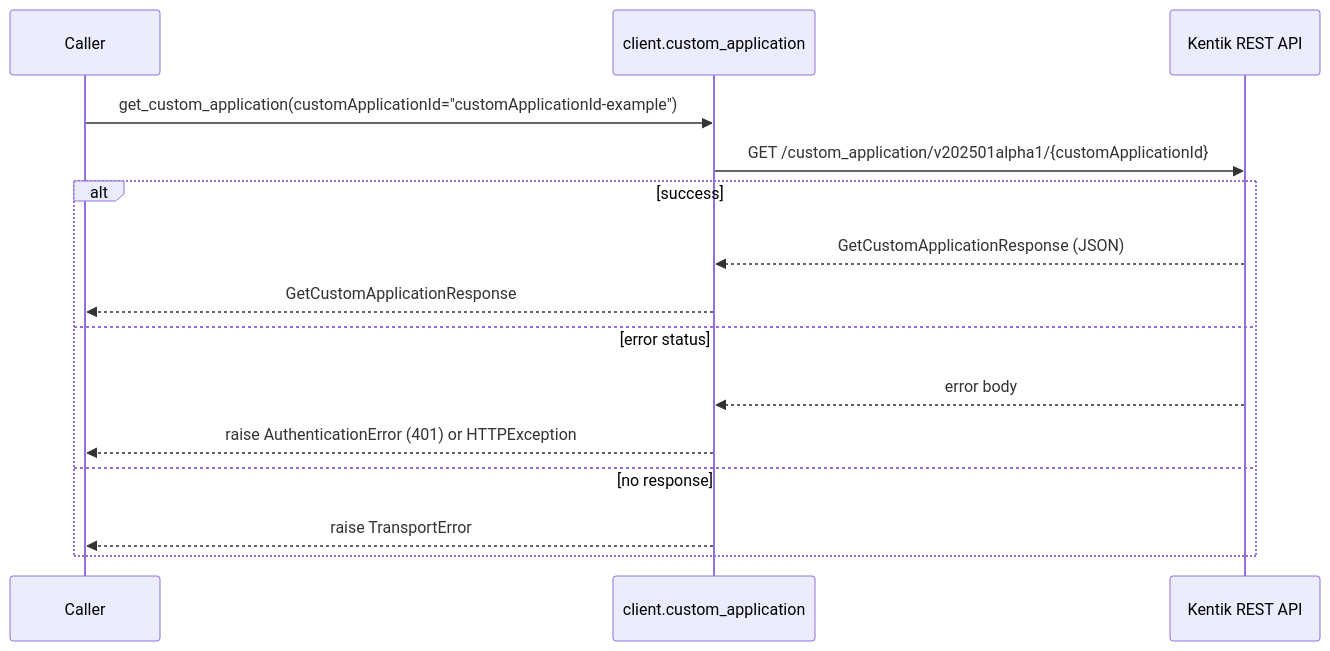
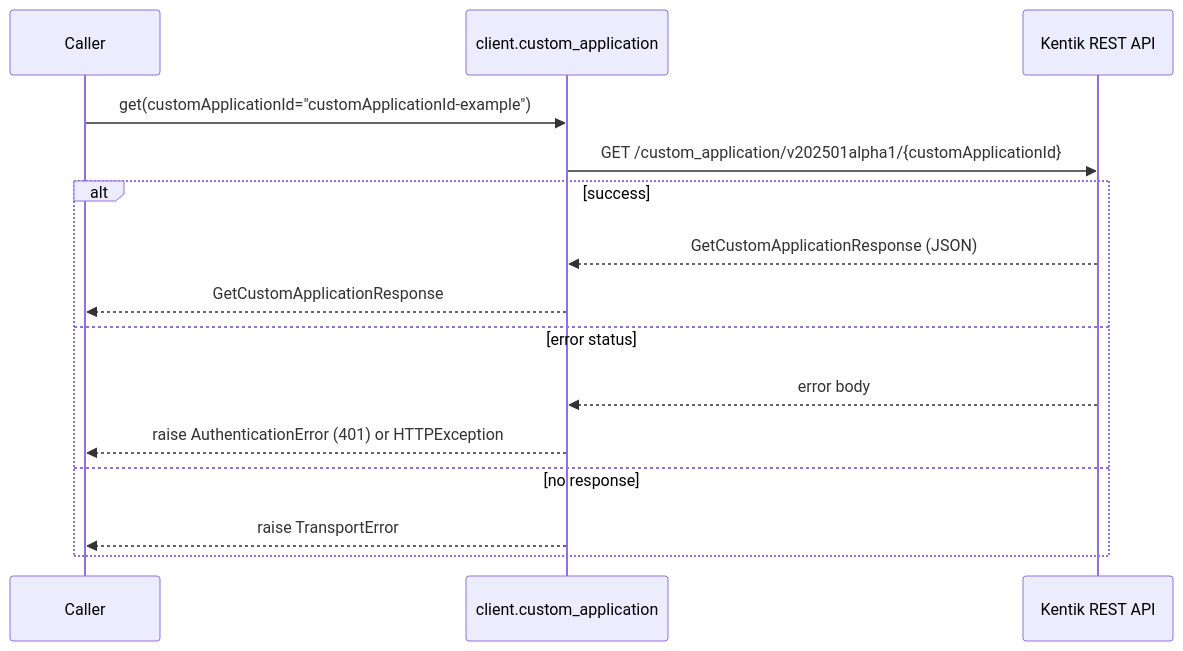
Before and after one commit to alexdearaujo/community_sdk_python: the sixth of 12 diagrams in docs/sphinx/services/custom_application.md, drawn with Mermaid. The commit also changed other lines of this file and 119 other files, not shown here.

````diff
--- a/docs/sphinx/services/custom_application.md
+++ b/docs/sphinx/services/custom_application.md
@@ -183,18 +183,18 @@
 ```mermaid
 sequenceDiagram
     participant C as Caller
     participant W as client.custom_application
     participant API as Kentik REST API
 
-    C->>W: get_custom_application(customApplicationId="customApplicationId-example")
+    C->>W: get(customApplicationId="customApplicationId-example")
     W->>API: GET /custom_application/v202501alpha1/{customApplicationId}
     alt success
         API-->>W: GetCustomApplicationResponse (JSON)
         W-->>C: GetCustomApplicationResponse
     else error status
         API-->>W: error body
         W-->>C: raise AuthenticationError (401) or HTTPException
     else no response
         W-->>C: raise TransportError
     end
 ```
````
